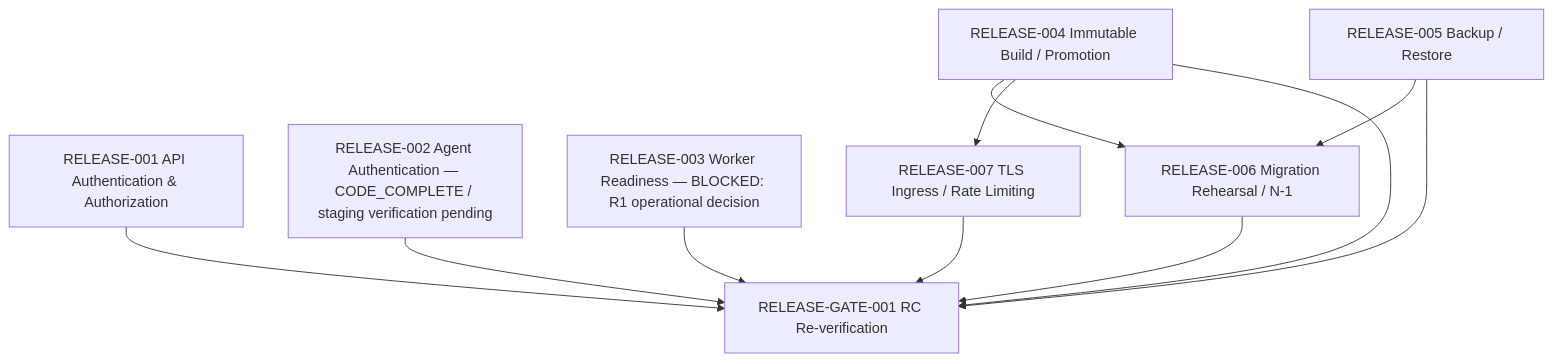
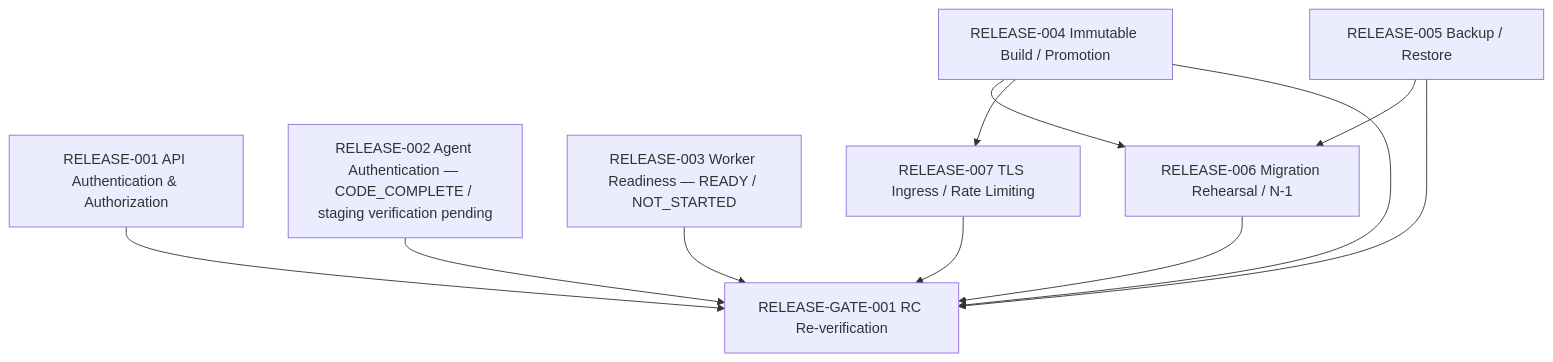
Before and after one commit to duclee9x/itcenter: the diagram in docs/release/RELEASE_DEPENDENCY_GRAPH.md, drawn with Mermaid. The commit also changed other lines of this file and 10 other files, not shown here.

Commit message:
Complete RELEASE-003-R1 readiness contract

````diff
--- a/docs/release/RELEASE_DEPENDENCY_GRAPH.md
+++ b/docs/release/RELEASE_DEPENDENCY_GRAPH.md
@@ -6,23 +6,23 @@
 ```mermaid
 flowchart TD
   R001[RELEASE-001 API Authentication & Authorization]
   R002[RELEASE-002 Agent Authentication — CODE_COMPLETE / staging verification pending]
-  R003[RELEASE-003 Worker Readiness — BLOCKED: R1 operational decision]
+  R003[RELEASE-003 Worker Readiness — READY / NOT_STARTED]
   R004[RELEASE-004 Immutable Build / Promotion]
   R005[RELEASE-005 Backup / Restore]
   R006[RELEASE-006 Migration Rehearsal / N-1]
   R007[RELEASE-007 TLS Ingress / Rate Limiting]
   G001[RELEASE-GATE-001 RC Re-verification]
 
   R004 --> R006
   R005 --> R006
   R004 --> R007
 
   R001 --> G001
   R002 --> G001
   R003 --> G001
   R004 --> G001
   R005 --> G001
   R006 --> G001
   R007 --> G001
 ```
````
